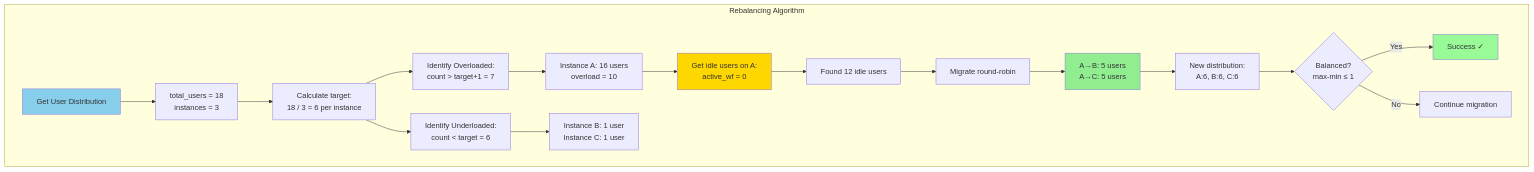
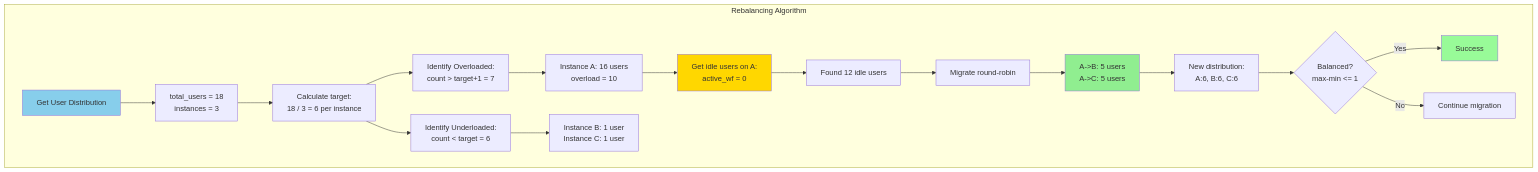
The fourth of 4 diagrams in infrastructure/documentation/FREE_MANAGER_ARCHITECTURE.md (arayabrain/araya-optinist), drawn with Mermaid before and after one commit. The commit also changed other lines of this file and 11 other files, not shown here.

````diff
--- a/infrastructure/documentation/FREE_MANAGER_ARCHITECTURE.md
+++ b/infrastructure/documentation/FREE_MANAGER_ARCHITECTURE.md
@@ -209,29 +230,29 @@
 ```mermaid
 graph TB
     subgraph "Rebalancing Algorithm"
         A[Get User Distribution] --> B[total_users = 18<br/>instances = 3]
         B --> C[Calculate target:<br/>18 / 3 = 6 per instance]
 
         C --> D[Identify Overloaded:<br/>count > target+1 = 7]
         D --> E[Instance A: 16 users<br/>overload = 10]
 
         C --> F[Identify Underloaded:<br/>count < target = 6]
         F --> G[Instance B: 1 user<br/>Instance C: 1 user]
 
         E --> H[Get idle users on A:<br/>active_wf = 0]
         H --> I[Found 12 idle users]
 
         I --> J[Migrate round-robin]
-        J --> K[A→B: 5 users<br/>A→C: 5 users]
+        J --> K[A->B: 5 users<br/>A->C: 5 users]
 
         K --> L[New distribution:<br/>A:6, B:6, C:6]
-        L --> M{Balanced?<br/>max-min ≤ 1}
-        M -->|Yes| N[Success ✓]
+        L --> M{Balanced?<br/>max-min <= 1}
+        M -->|Yes| N[Success]
         M -->|No| O[Continue migration]
     end
 
     style A fill:#87CEEB
     style H fill:#FFD700
     style K fill:#90EE90
     style N fill:#98FB98
 ```
````
